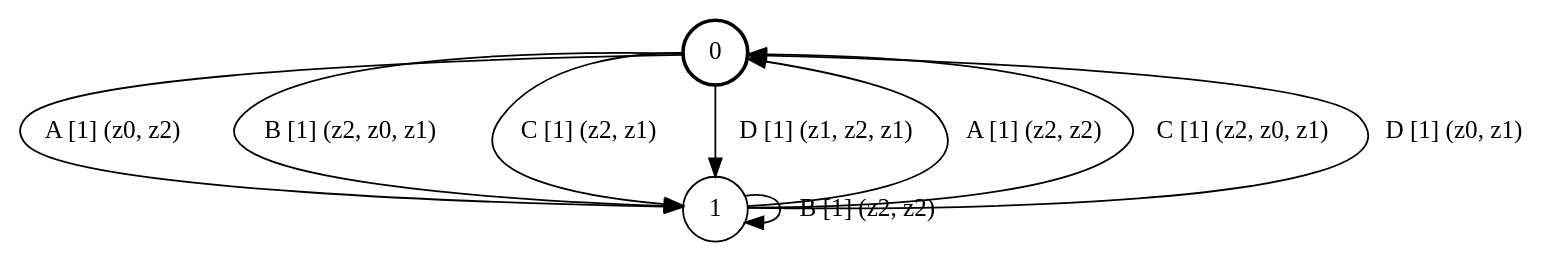
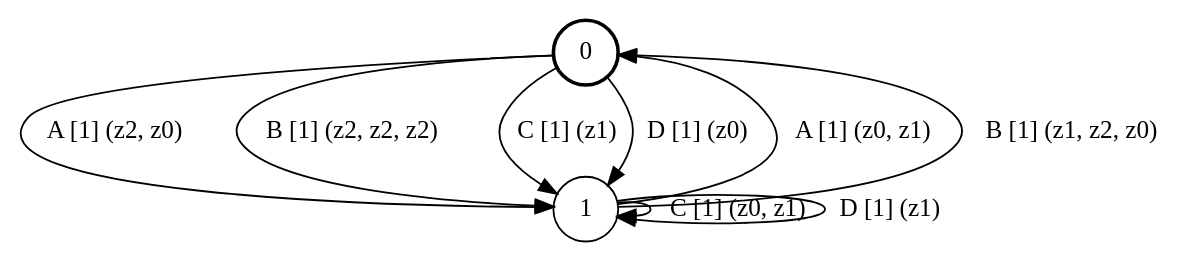
Before and after one commit to ulyantsev/EFSM-tools: the diagram in qbf/testing/fsm_2s4e3a.dot, drawn with Graphviz. The commit also changed 5228 other files, not shown here.

```diff
--- a/qbf/testing/fsm_2s4e3a.dot
+++ b/qbf/testing/fsm_2s4e3a.dot
@@ -1,14 +1,14 @@
 # generated file, don't try to modify
 # command: dot -Tpng <filename> > tree.png
 digraph Automaton {
     node [shape = circle];
     0 [style = "bold"];
-    0 -> 1 [label = "A [1] (z0, z2) "];
-    0 -> 1 [label = "B [1] (z2, z0, z1) "];
-    0 -> 1 [label = "C [1] (z2, z1) "];
-    0 -> 1 [label = "D [1] (z1, z2, z1) "];
-    1 -> 0 [label = "A [1] (z2, z2) "];
-    1 -> 1 [label = "B [1] (z2, z2) "];
-    1 -> 0 [label = "C [1] (z2, z0, z1) "];
-    1 -> 0 [label = "D [1] (z0, z1) "];
+    0 -> 1 [label = "A [1] (z2, z0) "];
+    0 -> 1 [label = "B [1] (z2, z2, z2) "];
+    0 -> 1 [label = "C [1] (z1) "];
+    0 -> 1 [label = "D [1] (z0) "];
+    1 -> 0 [label = "A [1] (z0, z1) "];
+    1 -> 0 [label = "B [1] (z1, z2, z0) "];
+    1 -> 1 [label = "C [1] (z0, z1) "];
+    1 -> 1 [label = "D [1] (z1) "];
 }
```
